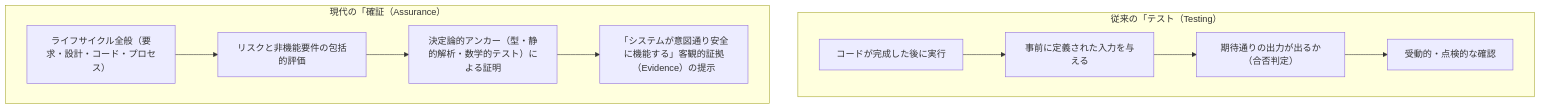
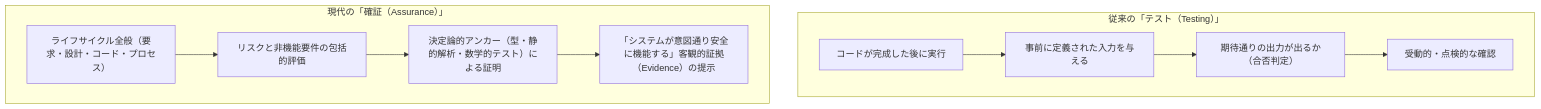
The third of 4 diagrams in manuscript/01_chapter1.md (AnaharaYasuo/product-quality-management-book), drawn with Mermaid before and after one commit. The commit also changed 16 other files, not shown here.

````diff
--- a/manuscript/01_chapter1.md
+++ b/manuscript/01_chapter1.md
@@ -131,14 +131,14 @@
 ```mermaid
 flowchart TD
-    subgraph Legacy_Testing ["従来の「テスト（Testing）"]
+    subgraph Legacy_Testing ["従来の「テスト（Testing）」"]
         T1["コードが完成した後に実行"] --> T2["事前に定義された入力を与える"]
         T2 --> T3["期待通りの出力が出るか（合否判定）"]
         T3 --> T4["受動的・点検的な確認"]
     end
 
-    subgraph Modern_Assurance ["現代の「確証（Assurance）"]
+    subgraph Modern_Assurance ["現代の「確証（Assurance）」"]
         A1["ライフサイクル全般（要求・設計・コード・プロセス）"] --> A2["リスクと非機能要件の包括的評価"]
         A2 --> A3["決定論的アンカー（型・静的解析・数学的テスト）による証明"]
         A3 --> A4["「システムが意図通り安全に機能する」客観的証拠（Evidence）の提示"]
     end
 ```
````
